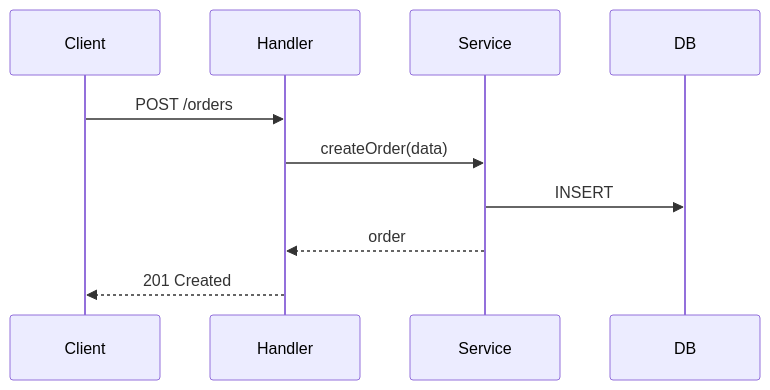
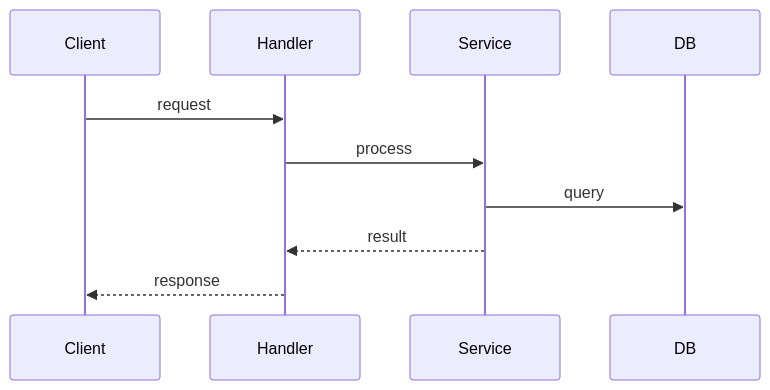
One commit to lagz0ne/c3-skill changed the second of 3 diagrams in references/diagram-patterns.md. Above: the diagram before and after it, drawn with Mermaid. The commit also changed other lines of this file and 25 other files, not shown here.

````diff
--- a/references/diagram-patterns.md
+++ b/references/diagram-patterns.md
@@ -85,13 +61,13 @@
 ```mermaid
 sequenceDiagram
     participant Client
     participant Handler
     participant Service
     participant DB
 
-    Client->>Handler: POST /orders
-    Handler->>Service: createOrder(data)
-    Service->>DB: INSERT
-    Service-->>Handler: order
-    Handler-->>Client: 201 Created
+    Client->>Handler: request
+    Handler->>Service: process
+    Service->>DB: query
+    Service-->>Handler: result
+    Handler-->>Client: response
 ```
````
